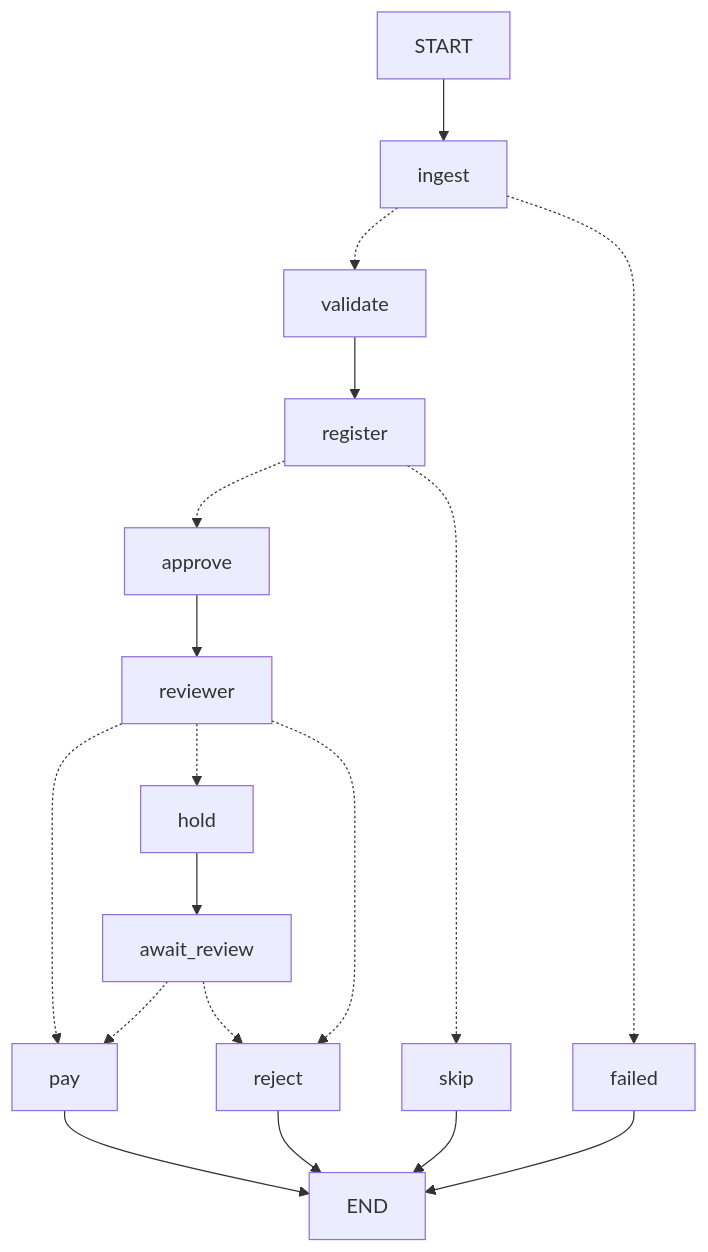
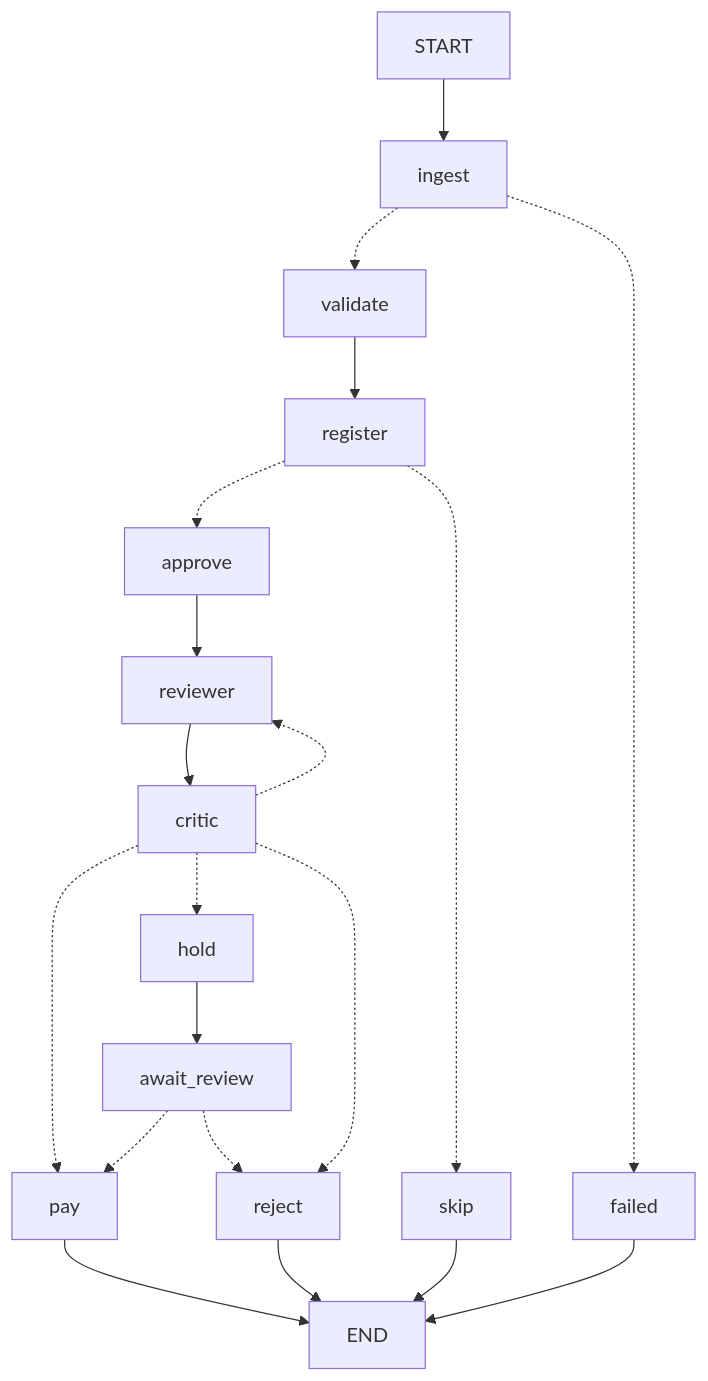
The diagram in README.md (webster-hunter/galatiq-assessment-websterhunter), drawn with Mermaid before and after one commit. The commit also changed other lines of this file and 51 other files, not shown here.

````diff
--- a/README.md
+++ b/README.md
@@ -157,20 +157,22 @@
 ```mermaid
 graph TD;
     START --> ingest;
     ingest -.-> validate;
     ingest -.-> failed;
     validate --> register;
     register -.-> approve;
     register -.-> skip;
     approve --> reviewer;
-    reviewer -.-> pay;
-    reviewer -.-> hold;
-    reviewer -.-> reject;
+    reviewer --> critic;
+    critic -.-> reviewer;
+    critic -.-> pay;
+    critic -.-> hold;
+    critic -.-> reject;
     hold --> await_review;
     await_review -.-> pay;
     await_review -.-> reject;
     pay --> END;
     reject --> END;
     skip --> END;
     failed --> END;
 ```
````
